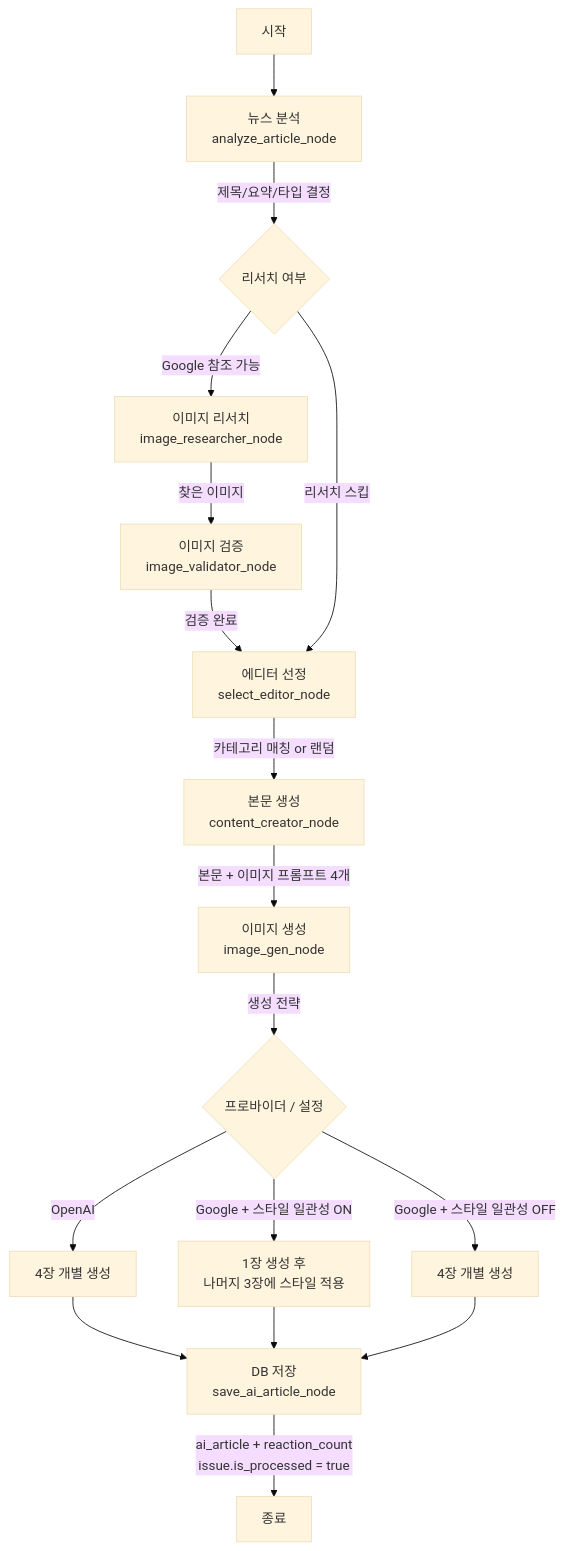
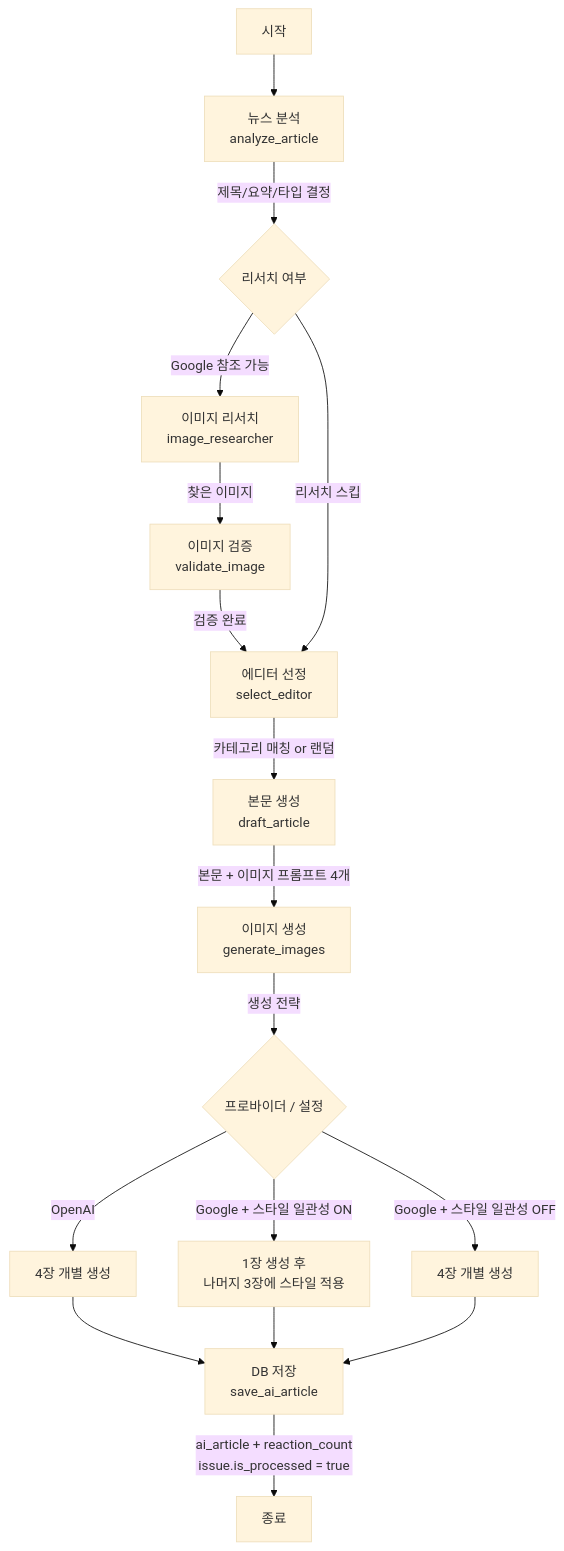
One commit to team-leekim/newsnack-ai changed the second of 3 diagrams in README.md. Above: the diagram before and after it, drawn with Mermaid (base theme). The commit also changed other lines of this file, not shown here.

Commit message:
docs: README 내 시스템 아키텍처 다이어그램 및 노드 설명 갱신

````diff
--- a/README.md
+++ b/README.md
@@ -71,24 +71,24 @@
 ```mermaid
 graph TD
-    Start[시작] --> Analyze[뉴스 분석<br/>analyze_article_node]
+    Start[시작] --> Analyze[뉴스 분석<br/>analyze_article]
     Analyze --> |제목/요약/타입 결정| CheckResearch{리서치 여부}
     
-    CheckResearch --> |Google 참조 가능| ImageResearcher[이미지 리서치<br/>image_researcher_node]
-    ImageResearcher --> |찾은 이미지| ImageValidator[이미지 검증<br/>image_validator_node]
-    ImageValidator --> |검증 완료| SelectEditor[에디터 선정<br/>select_editor_node]
+    CheckResearch --> |Google 참조 가능| ImageResearcher[이미지 리서치<br/>image_researcher]
+    ImageResearcher --> |찾은 이미지| ImageValidator[이미지 검증<br/>validate_image]
+    ImageValidator --> |검증 완료| SelectEditor[에디터 선정<br/>select_editor]
     
     CheckResearch --> |리서치 스킵| SelectEditor
-    SelectEditor --> |카테고리 매칭 or 랜덤| ContentCreator[본문 생성<br/>content_creator_node]
-    ContentCreator --> |본문 + 이미지 프롬프트 4개| ImageGen[이미지 생성<br/>image_gen_node]
+    SelectEditor --> |카테고리 매칭 or 랜덤| ContentCreator[본문 생성<br/>draft_article]
+    ContentCreator --> |본문 + 이미지 프롬프트 4개| ImageGen[이미지 생성<br/>generate_images]
     
     ImageGen --> |생성 전략| ImageStrategy{프로바이더 / 설정}
     ImageStrategy --> |OpenAI| OpenAI[4장 개별 생성]
     ImageStrategy --> |Google + 스타일 일관성 OFF| GoogleNoRef[4장 개별 생성]
     ImageStrategy --> |Google + 스타일 일관성 ON| GoogleRef[1장 생성 후<br/>나머지 3장에 스타일 적용]
     
-    OpenAI --> Save[DB 저장<br/>save_ai_article_node]
+    OpenAI --> Save[DB 저장<br/>save_ai_article]
     GoogleRef --> Save
     GoogleNoRef --> Save
     
     Save --> |ai_article + reaction_count<br/>issue.is_processed = true| End[종료]
 ```
````
